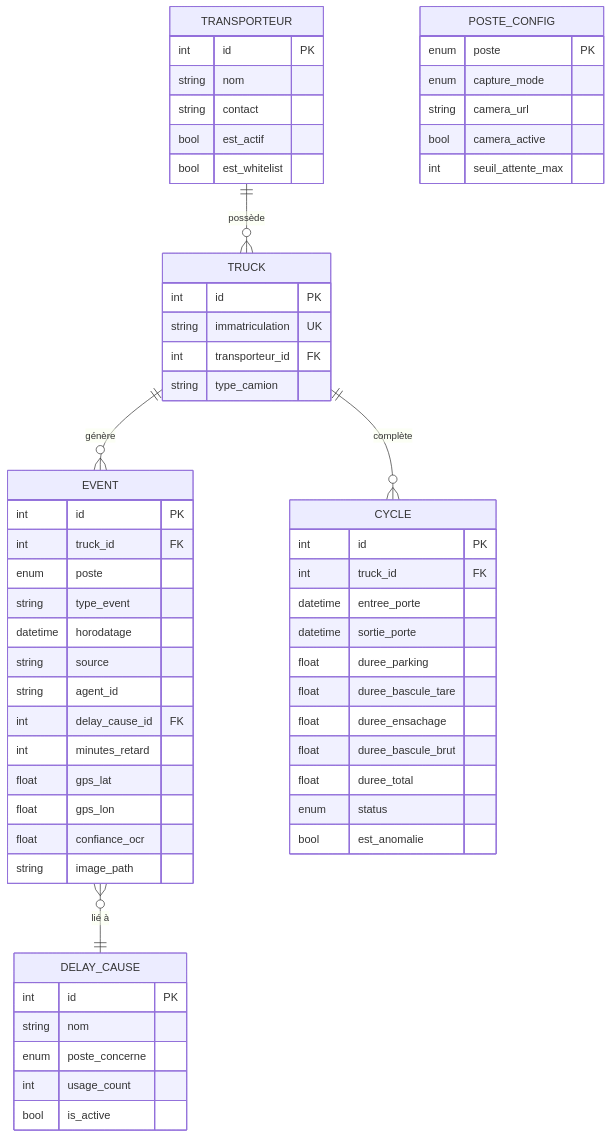
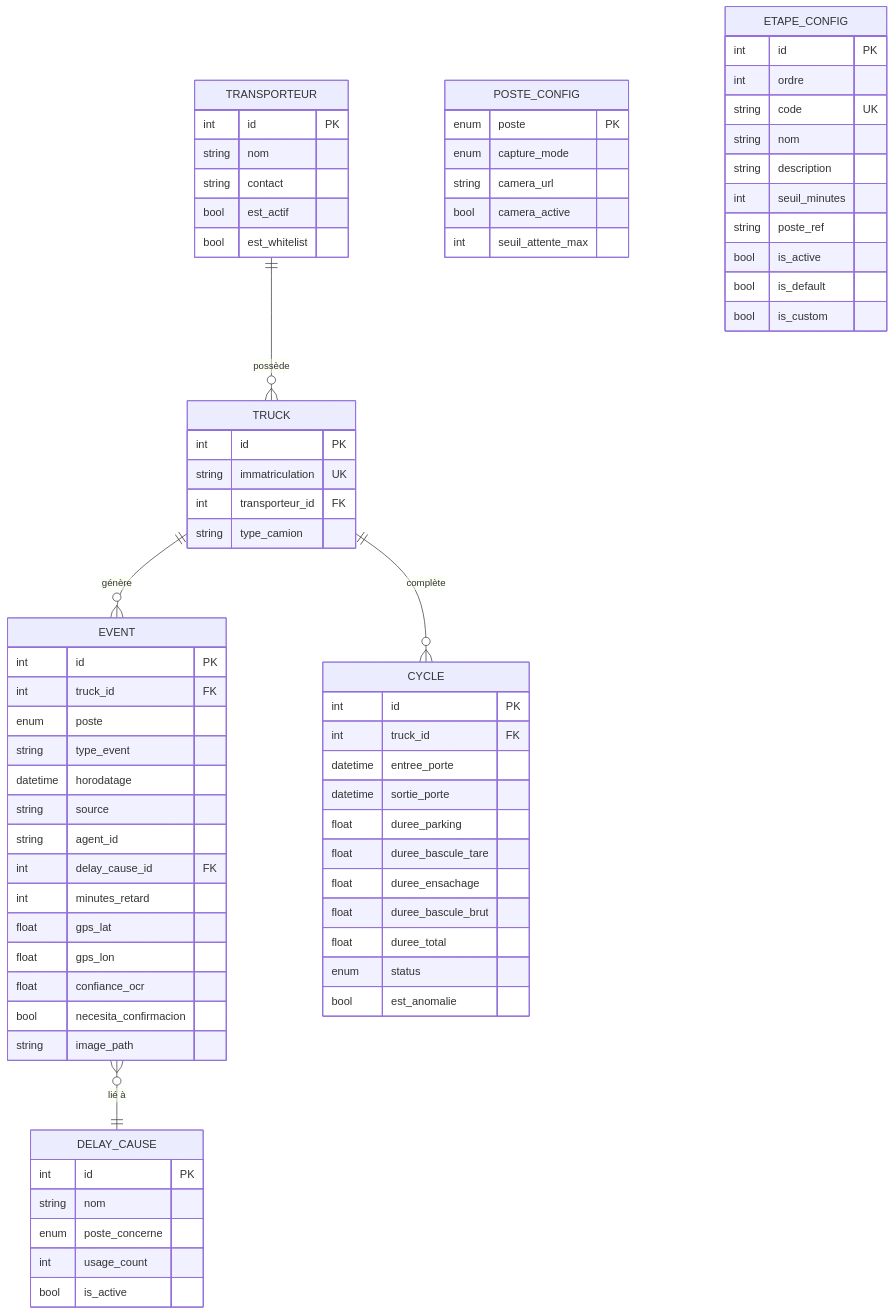
Before and after one commit to samya818/smart-plant-truck-tracker: the fourth of 4 diagrams in README.md, drawn with Mermaid. The commit also changed other lines of this file and 14 other files, not shown here.

````diff
--- a/README.md
+++ b/README.md
@@ -281,68 +281,82 @@
 ```mermaid
 erDiagram
     TRANSPORTEUR {
         int id PK
         string nom
         string contact
         bool est_actif
         bool est_whitelist
     }
 
     TRUCK {
         int id PK
         string immatriculation UK
         int transporteur_id FK
         string type_camion
     }
 
     EVENT {
         int id PK
         int truck_id FK
         enum poste
         string type_event
         datetime horodatage
         string source
         string agent_id
         int delay_cause_id FK
         int minutes_retard
         float gps_lat
         float gps_lon
         float confiance_ocr
+        bool necesita_confirmacion
         string image_path
     }
 
     CYCLE {
         int id PK
         int truck_id FK
         datetime entree_porte
         datetime sortie_porte
         float duree_parking
         float duree_bascule_tare
         float duree_ensachage
         float duree_bascule_brut
         float duree_total
         enum status
         bool est_anomalie
     }
 
     DELAY_CAUSE {
         int id PK
         string nom
         enum poste_concerne
         int usage_count
         bool is_active
     }
 
     POSTE_CONFIG {
         enum poste PK
         enum capture_mode
         string camera_url
         bool camera_active
         int seuil_attente_max
     }
 
+    ETAPE_CONFIG {
+        int id PK
+        int ordre
+        string code UK
+        string nom
+        string description
+        int seuil_minutes
+        string poste_ref
+        bool is_active
+        bool is_default
+        bool is_custom
+    }
+
     TRANSPORTEUR ||--o{ TRUCK : "possède"
     TRUCK ||--o{ EVENT : "génère"
     TRUCK ||--o{ CYCLE : "complète"
     EVENT }o--|| DELAY_CAUSE : "lié à"
 ```
````
